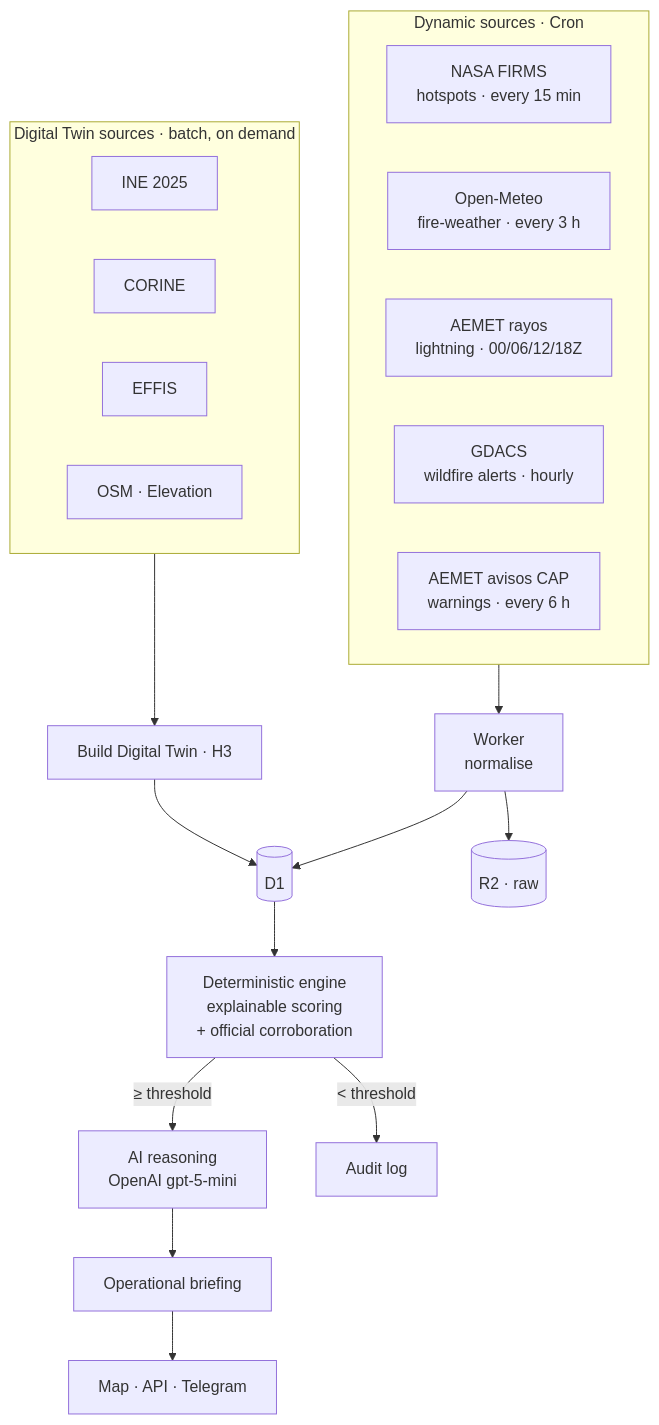
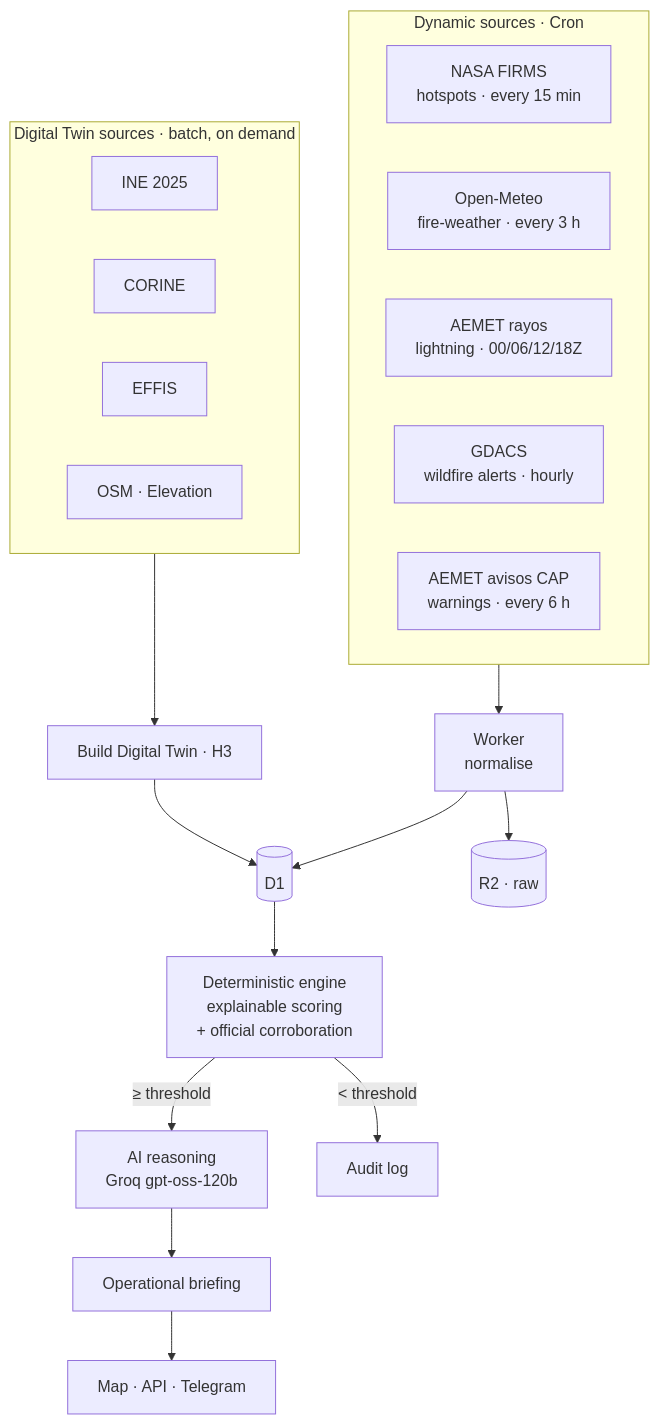
One commit to dromerosm/geospatial-intelligent-platform changed the diagram in docs/architecture.md. Above: the diagram before and after it, drawn with Mermaid. The commit also changed 9 other files, not shown here.

First line of the commit message:
Phase 4: switch briefing provider to Groq gpt-oss-120b

````diff
--- a/docs/architecture.md
+++ b/docs/architecture.md
@@ -8,28 +8,28 @@
 ```mermaid
 flowchart TB
   subgraph DYN["Dynamic sources · Cron"]
     direction LR
     FIRMS["NASA FIRMS<br/>hotspots · every 15 min"]
     METEO["Open-Meteo<br/>fire-weather · every 3 h"]
     RAYOS["AEMET rayos<br/>lightning · 00/06/12/18Z"]
     GDACS["GDACS<br/>wildfire alerts · hourly"]
     AVISOS["AEMET avisos CAP<br/>warnings · every 6 h"]
   end
   subgraph SRC["Digital Twin sources · batch, on demand"]
     direction LR
     INE["INE 2025"]
     CLC["CORINE"]
     EFFIS["EFFIS"]
     OSM["OSM · Elevation"]
   end
   DYN --> WK["Worker<br/>normalise"]
   WK --> D1[("D1")]
   WK --> R2[("R2 · raw")]
   SRC --> BLD["Build Digital Twin · H3"]
   BLD --> D1
   D1 --> DET["Deterministic engine<br/>explainable scoring<br/>+ official corroboration"]
-  DET -->|"≥ threshold"| AIG["AI reasoning<br/>OpenAI gpt-5-mini"]
+  DET -->|"≥ threshold"| AIG["AI reasoning<br/>Groq gpt-oss-120b"]
   DET -->|"< threshold"| AUD["Audit log"]
   AIG --> BR["Operational briefing"]
   BR --> OPS["Map · API · Telegram"]
 ```
````
